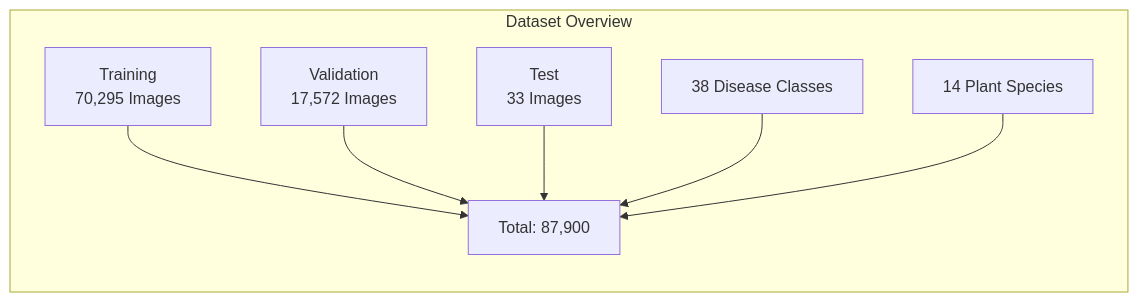
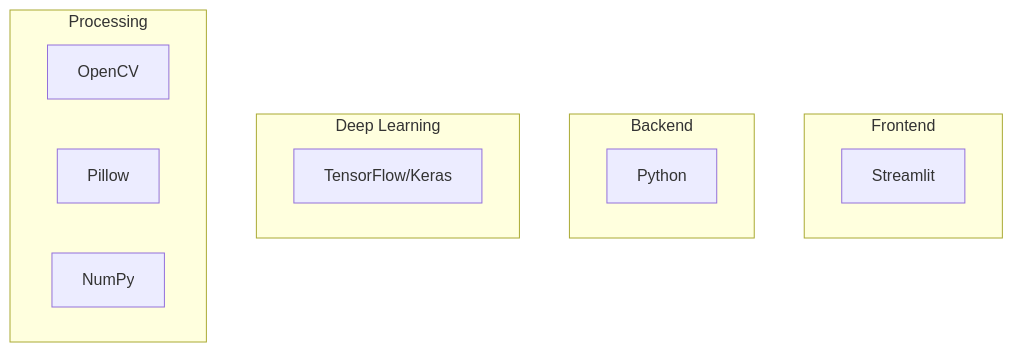
The eighth of 11 diagrams in README.md (RajaMahanty/crop-care-ai), drawn with Mermaid before and after one commit. The commit also changed other lines of this file, not shown here.

````diff
--- a/README.md
+++ b/README.md
@@ -227,10 +240,17 @@
 ```mermaid
-graph LR
-    subgraph Dataset Overview
-        A[Training<br>70,295 Images] --> D[Total: 87,900]
-        B[Validation<br>17,572 Images] --> D
-        C[Test<br>33 Images] --> D
-        E[38 Disease Classes] --> D
-        F[14 Plant Species] --> D
+graph TB
+    subgraph Frontend
+        A[Streamlit]
+    end
+    subgraph Backend
+        B[Python]
+    end
+    subgraph Deep Learning
+        C[TensorFlow/Keras]
+    end
+    subgraph Processing
+        D[OpenCV]
+        E[Pillow]
+        F[NumPy]
     end
 ```
````
